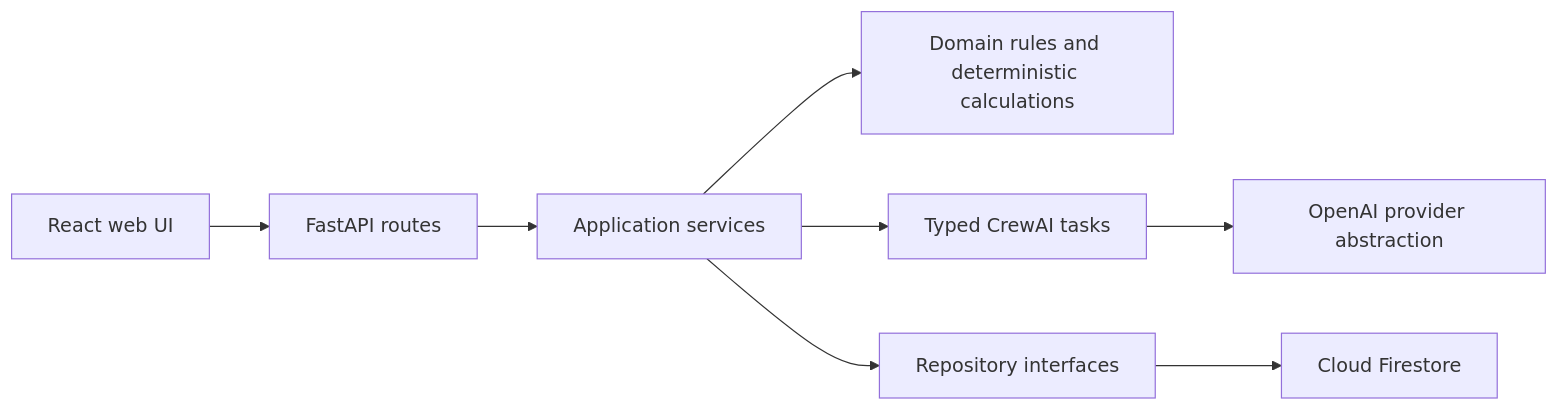
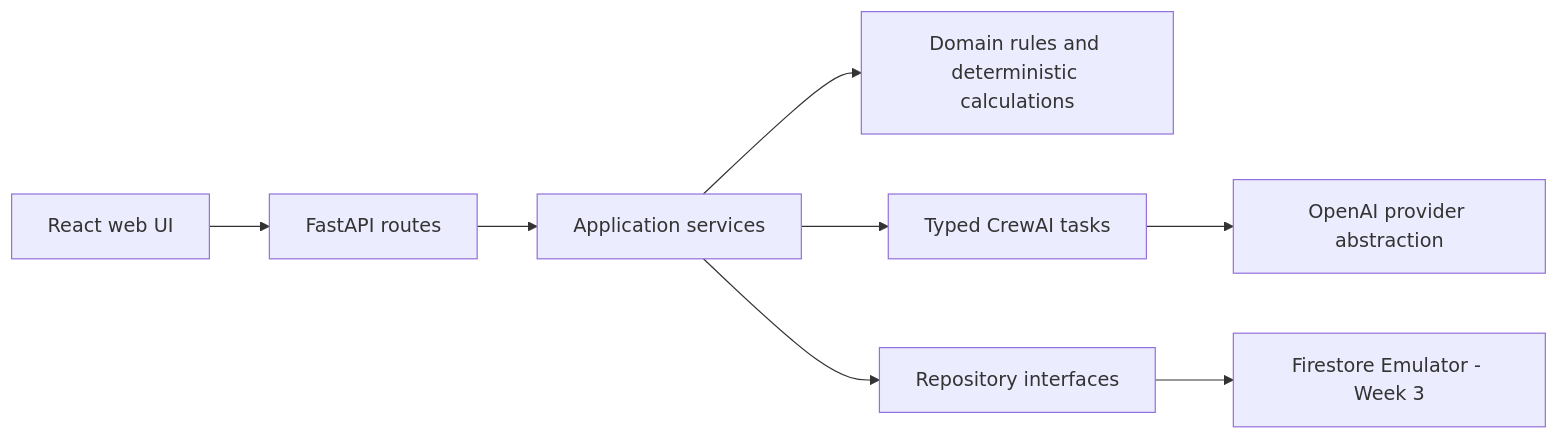
The first of 3 diagrams in project-context/1.define/sad.md (MFeijo96/Carmelo), drawn with Mermaid before and after one commit. The commit also changed other lines of this file and 1 other file, not shown here.

````diff
--- a/project-context/1.define/sad.md
+++ b/project-context/1.define/sad.md
@@ -102,10 +102,10 @@
 ```mermaid
 flowchart LR
   UI[React web UI] --> API[FastAPI routes]
   API --> SVC[Application services]
   SVC --> DOM[Domain rules and deterministic calculations]
   SVC --> AG[Typed CrewAI tasks]
   SVC --> REPO[Repository interfaces]
-  REPO --> FS[Cloud Firestore]
+  REPO --> FS[Firestore Emulator - Week 3]
   AG --> LLM[OpenAI provider abstraction]
 ```
````
